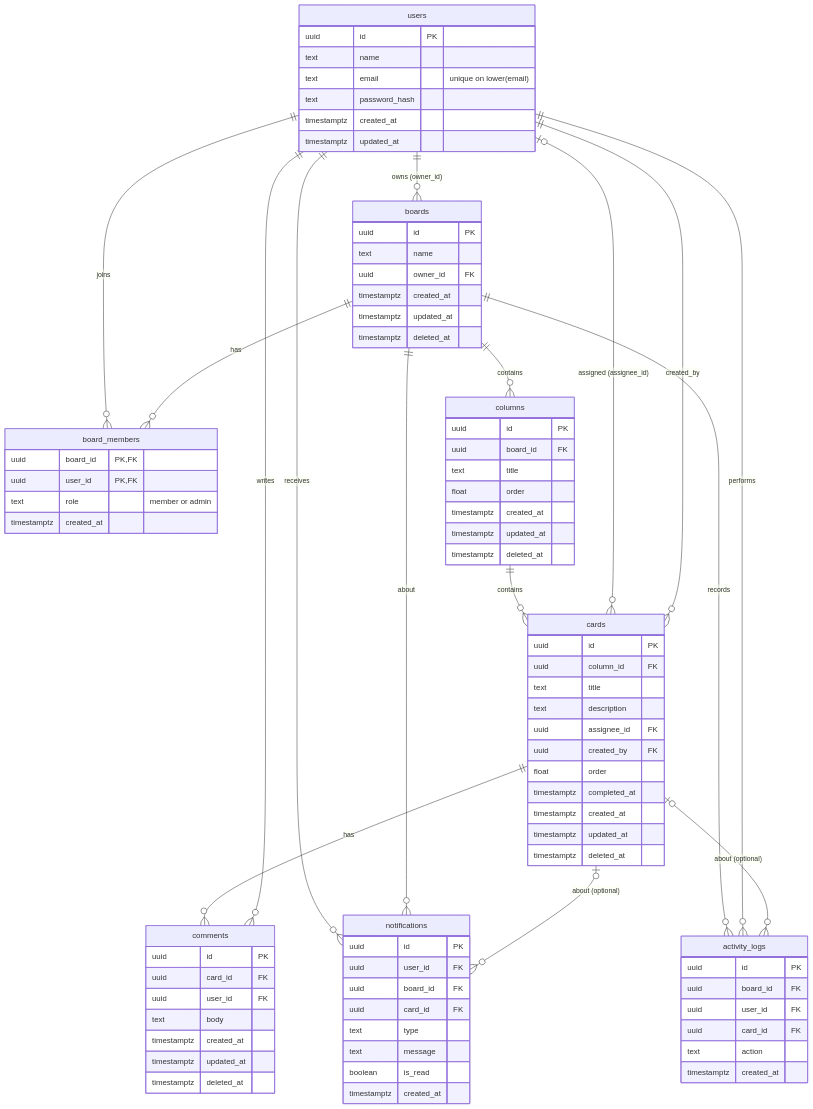
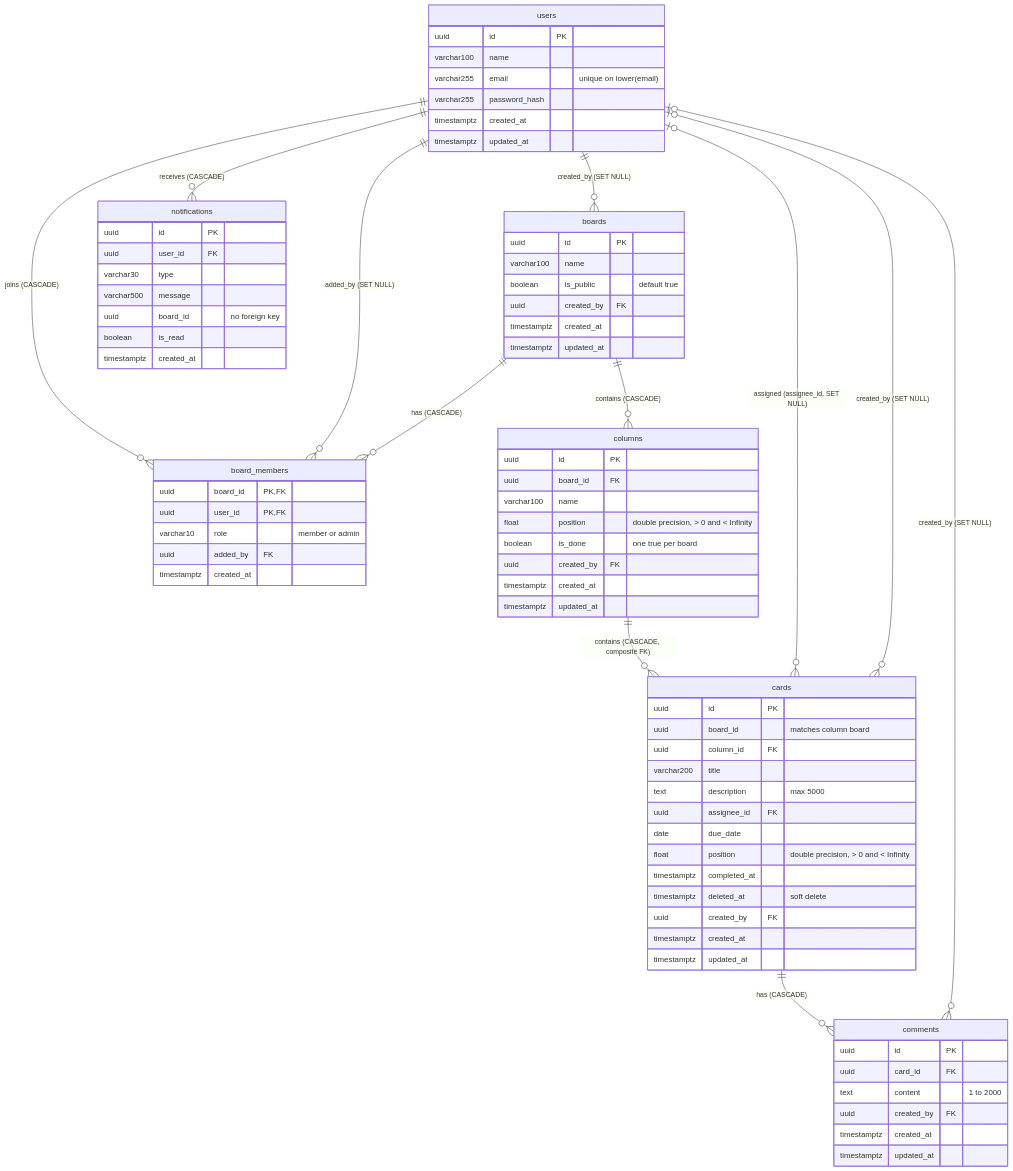
One commit to Revou-FSSE-Jun26/module-4-alzedmkrom changed the second of 2 diagrams in .kiro/specs/database/design.md. Above: the diagram before and after it, drawn with Mermaid. The commit also changed other lines of this file and 8 other files, not shown here.

````diff
--- a/.kiro/specs/database/design.md
+++ b/.kiro/specs/database/design.md
@@ -368,90 +319,80 @@
 ```mermaid
 erDiagram
-    users ||--o{ boards : "owns (owner_id)"
-    users ||--o{ board_members : "joins"
-    boards ||--o{ board_members : "has"
-    boards ||--o{ columns : "contains"
-    columns ||--o{ cards : "contains"
-    users |o--o{ cards : "assigned (assignee_id)"
-    users ||--o{ cards : "created_by"
-    cards ||--o{ comments : "has"
-    users ||--o{ comments : "writes"
-    users ||--o{ notifications : "receives"
-    boards ||--o{ notifications : "about"
-    cards |o--o{ notifications : "about (optional)"
-    boards ||--o{ activity_logs : "records"
-    users ||--o{ activity_logs : "performs"
-    cards |o--o{ activity_logs : "about (optional)"
+    users ||--o{ boards : "created_by (SET NULL)"
+    users ||--o{ board_members : "joins (CASCADE)"
+    users ||--o{ board_members : "added_by (SET NULL)"
+    boards ||--o{ board_members : "has (CASCADE)"
+    boards ||--o{ columns : "contains (CASCADE)"
+    columns ||--o{ cards : "contains (CASCADE, composite FK)"
+    users |o--o{ cards : "assigned (assignee_id, SET NULL)"
+    users |o--o{ cards : "created_by (SET NULL)"
+    cards ||--o{ comments : "has (CASCADE)"
+    users |o--o{ comments : "created_by (SET NULL)"
+    users ||--o{ notifications : "receives (CASCADE)"
 
     users {
         uuid id PK
-        text name
-        text email "unique on lower(email)"
-        text password_hash
+        varchar100 name
+        varchar255 email "unique on lower(email)"
+        varchar255 password_hash
         timestamptz created_at
         timestamptz updated_at
     }
     boards {
         uuid id PK
-        text name
-        uuid owner_id FK
+        varchar100 name
+        boolean is_public "default true"
+        uuid created_by FK
         timestamptz created_at
         timestamptz updated_at
-        timestamptz deleted_at
     }
     board_members {
         uuid board_id PK, FK
         uuid user_id PK, FK
-        text role "member or admin"
+        varchar10 role "member or admin"
+        uuid added_by FK
         timestamptz created_at
     }
     columns {
         uuid id PK
         uuid board_id FK
-        text title
-        float order
+        varchar100 name
+        float position "double precision, > 0 and < Infinity"
+        boolean is_done "one true per board"
+        uuid created_by FK
         timestamptz created_at
         timestamptz updated_at
-        timestamptz deleted_at
     }
     cards {
         uuid id PK
+        uuid board_id "matches column board"
         uuid column_id FK
-        text title
-        text description
+        varchar200 title
+        text description "max 5000"
         uuid assignee_id FK
+        date due_date
+        float position "double precision, > 0 and < Infinity"
+        timestamptz completed_at
+        timestamptz deleted_at "soft delete"
         uuid created_by FK
-        float order
-        timestamptz completed_at
         timestamptz created_at
         timestamptz updated_at
-        timestamptz deleted_at
     }
     comments {
         uuid id PK
         uuid card_id FK
-        uuid user_id FK
-        text body
+        text content "1 to 2000"
+        uuid created_by FK
         timestamptz created_at
         timestamptz updated_at
-        timestamptz deleted_at
     }
     notifications {
         uuid id PK
         uuid user_id FK
-        uuid board_id FK
-        uuid card_id FK
-        text type
-        text message
+        varchar30 type
+        varchar500 message
+        uuid board_id "no foreign key"
         boolean is_read
         timestamptz created_at
     }
-    activity_logs {
-        uuid id PK
-        uuid board_id FK
-        uuid user_id FK
-        uuid card_id FK
-        text action
-        timestamptz created_at
-    }
 ```
````
